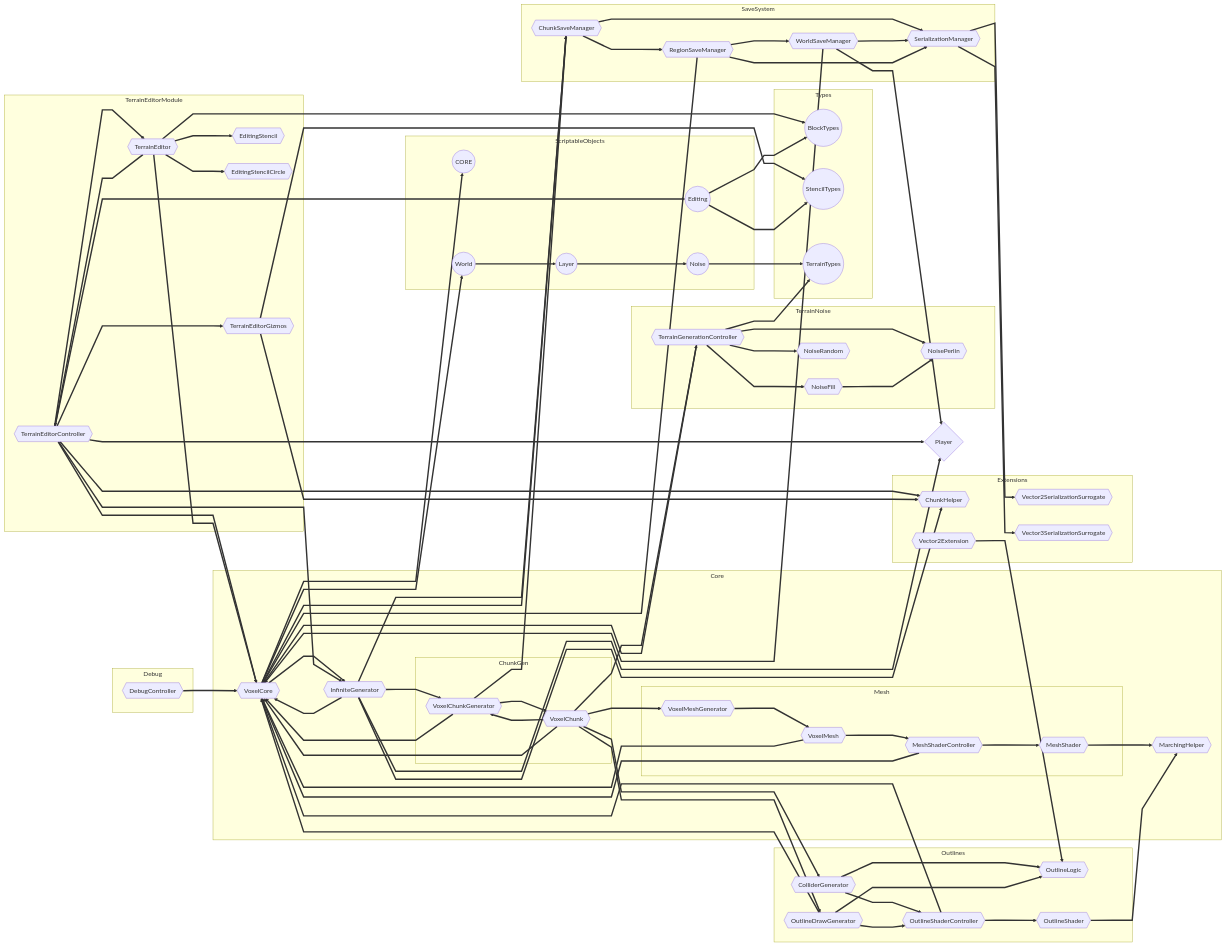
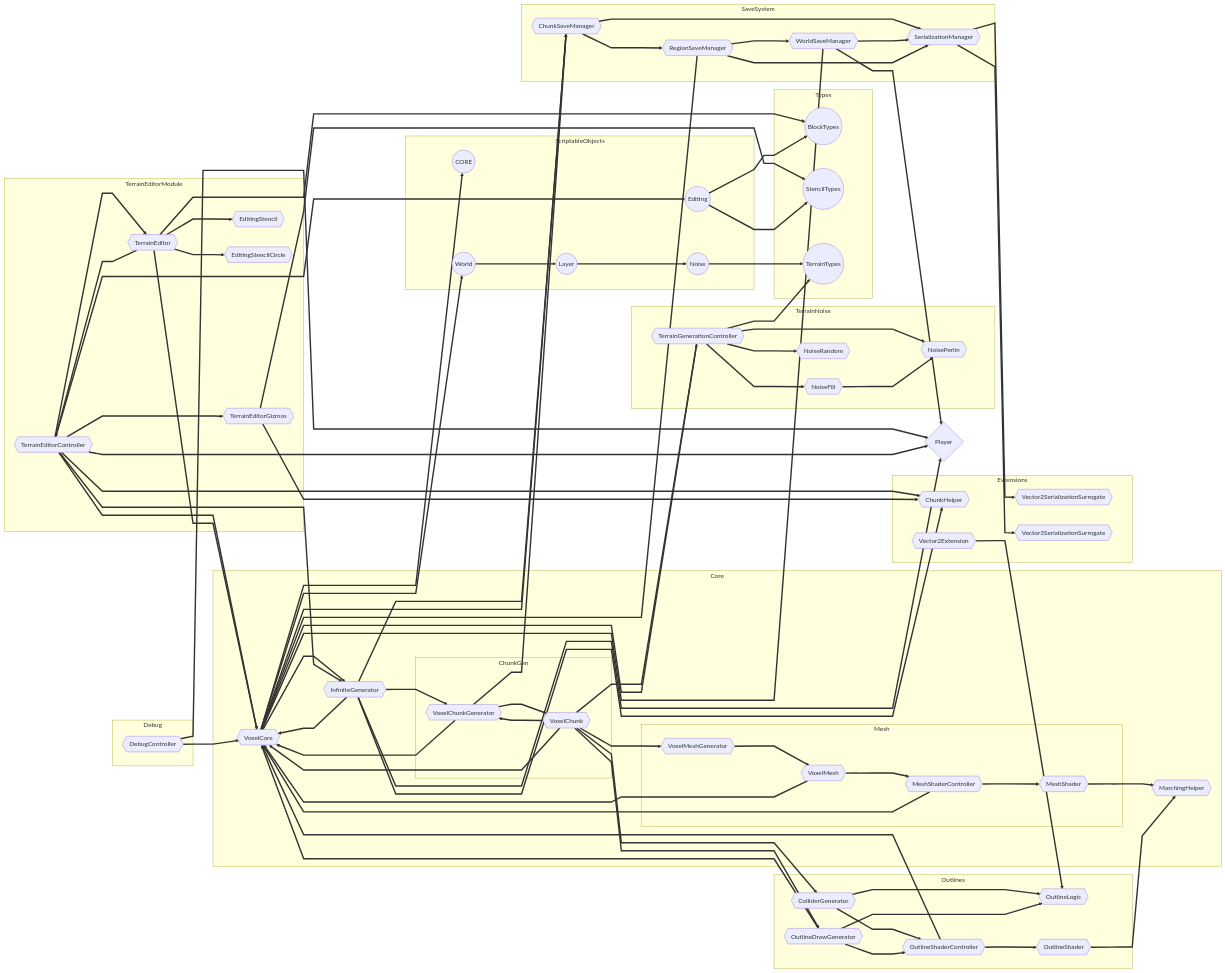
Before and after one commit to joesobo/Marching-Squares-2.0: the diagram in Assets/Graphs/CORE.md, drawn with Mermaid. The commit also changed 2 other files, not shown here.

Commit message:
feat: added player position to debug

```diff
--- a/Assets/Graphs/CORE.md
+++ b/Assets/Graphs/CORE.md
@@ -140,6 +140,7 @@
   Vector2Extension ==> OutlineLogic;
 
   DebugController ==> VoxelCore;
+  DebugController ==> Player;
 
   TerrainEditorController ==> VoxelCore;
   TerrainEditorController ==> Editing;
```
